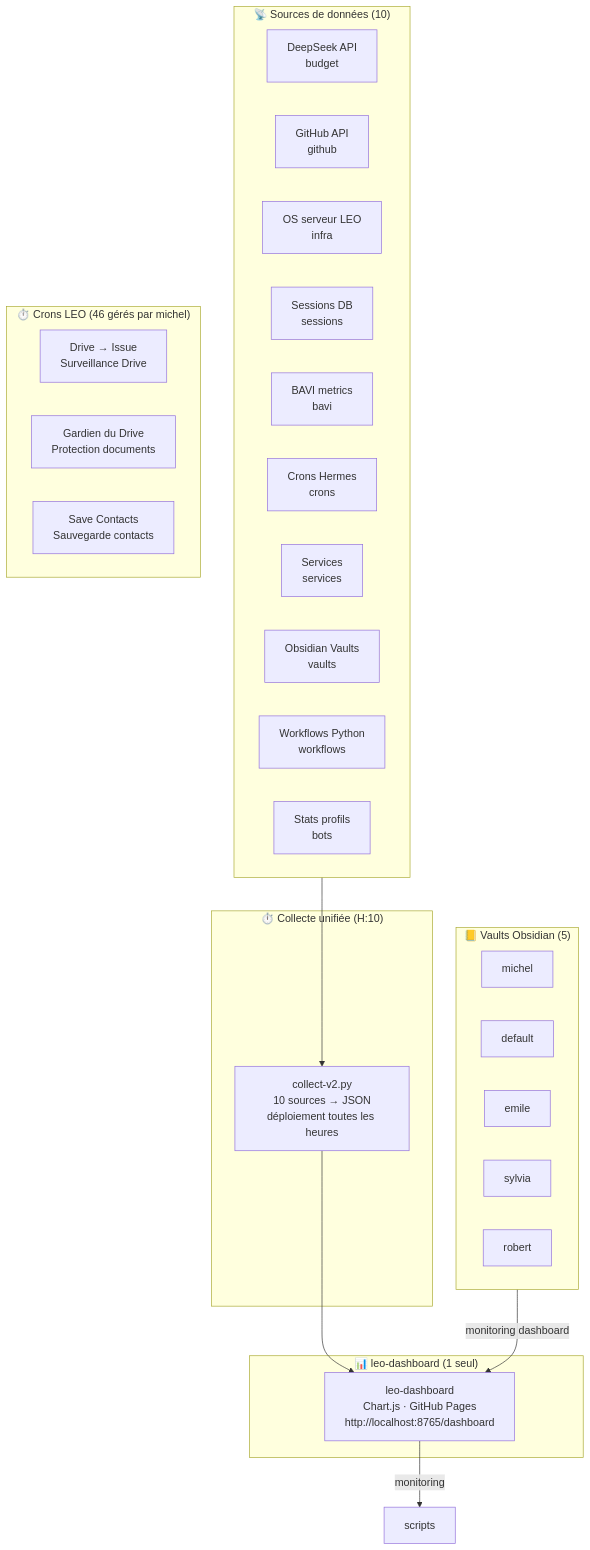
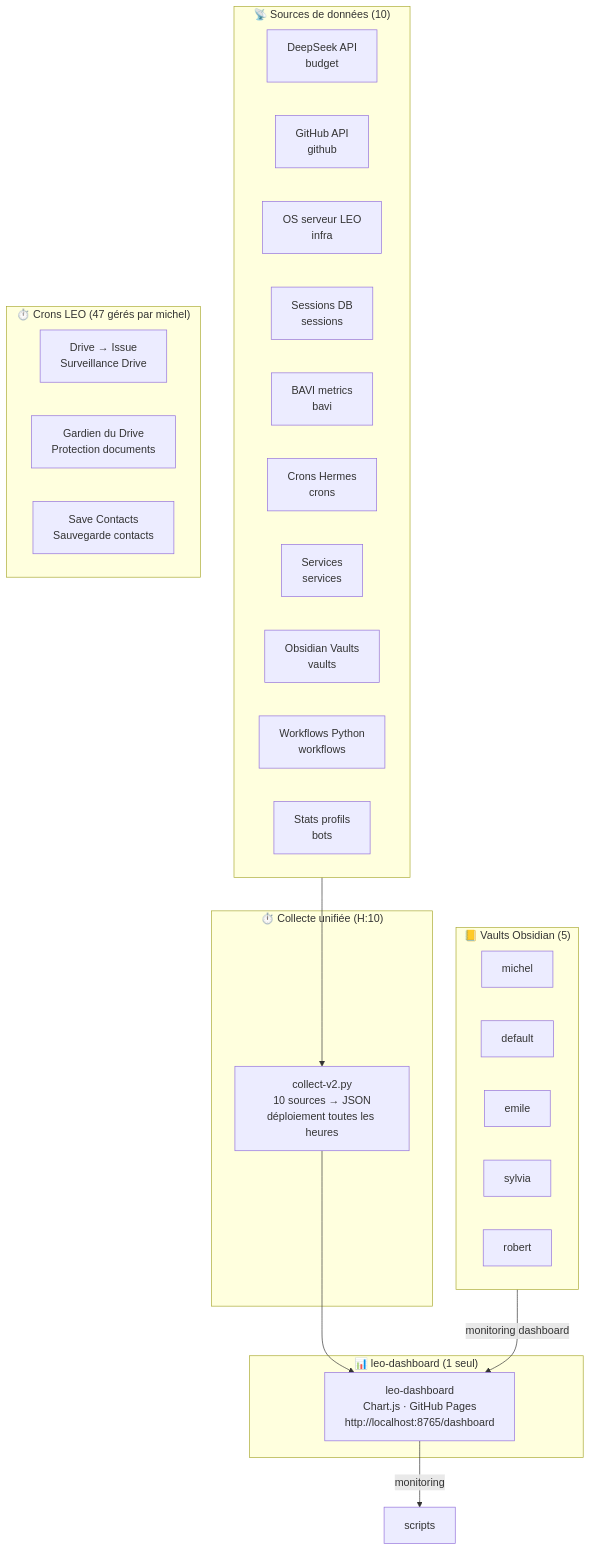
The diagram in docs/hermes/utilisation/architecture-leo.md (christophedanhier-hash/hermes-wiki), drawn with Mermaid before and after one commit. The commit also changed other lines of this file and 2 other files, not shown here.

Commit message:
audit: 3 fichiers, 3 patches (47 crons, Gemini→DeepSeek Pro)

````diff
--- a/docs/hermes/utilisation/architecture-leo.md
+++ b/docs/hermes/utilisation/architecture-leo.md
@@ -35,42 +35,42 @@
 ```mermaid
 flowchart TB
     subgraph Sources["📡 Sources de données (10)"]
         DS["DeepSeek API<br/>budget"]
         GH_API["GitHub API<br/>github"]
         OS["OS serveur LEO<br/>infra"]
         SESS["Sessions DB<br/>sessions"]
         BAVI_M["BAVI metrics<br/>bavi"]
         CRONS_M["Crons Hermes<br/>crons"]
         SVCS["Services<br/>services"]
         VAULTS["Obsidian Vaults<br/>vaults"]
         WKFL["Workflows Python<br/>workflows"]
         BOTS["Stats profils<br/>bots"]
     end
 
     subgraph Collecte["⏱️ Collecte unifiée (H:10)"]
         COLLECT["collect-v2.py<br/>10 sources → JSON<br/>déploiement toutes les heures"]
     end
 
     subgraph Dashboard["📊 leo-dashboard (1 seul)"]
         DASH["leo-dashboard<br/>Chart.js · GitHub Pages<br/>http://localhost:8765/dashboard"]
     end
 
-    subgraph crons["⏱️ Crons LEO (46 gérés par michel)"]
+    subgraph crons["⏱️ Crons LEO (47 gérés par michel)"]
         DRIVE_ISSUE["Drive → Issue<br/>Surveillance Drive"]
         GARDIEN["Gardien du Drive<br/>Protection documents"]
         SAVE_CONTACTS["Save Contacts<br/>Sauvegarde contacts"]
     end
 
     subgraph Vaults["📒 Vaults Obsidian (5)"]
         MICHEL_VAULT["michel"]
         DEFAULT_VAULT["default"]
         EMILE_VAULT["emile"]
         SYLVIA_VAULT["sylvia"]
         ROBERT_VAULT["robert"]
     end
 
     Sources --> COLLECT
     COLLECT --> DASH
     DASH -->|monitoring| scripts
     Vaults -->|monitoring dashboard| DASH
 ```
````
